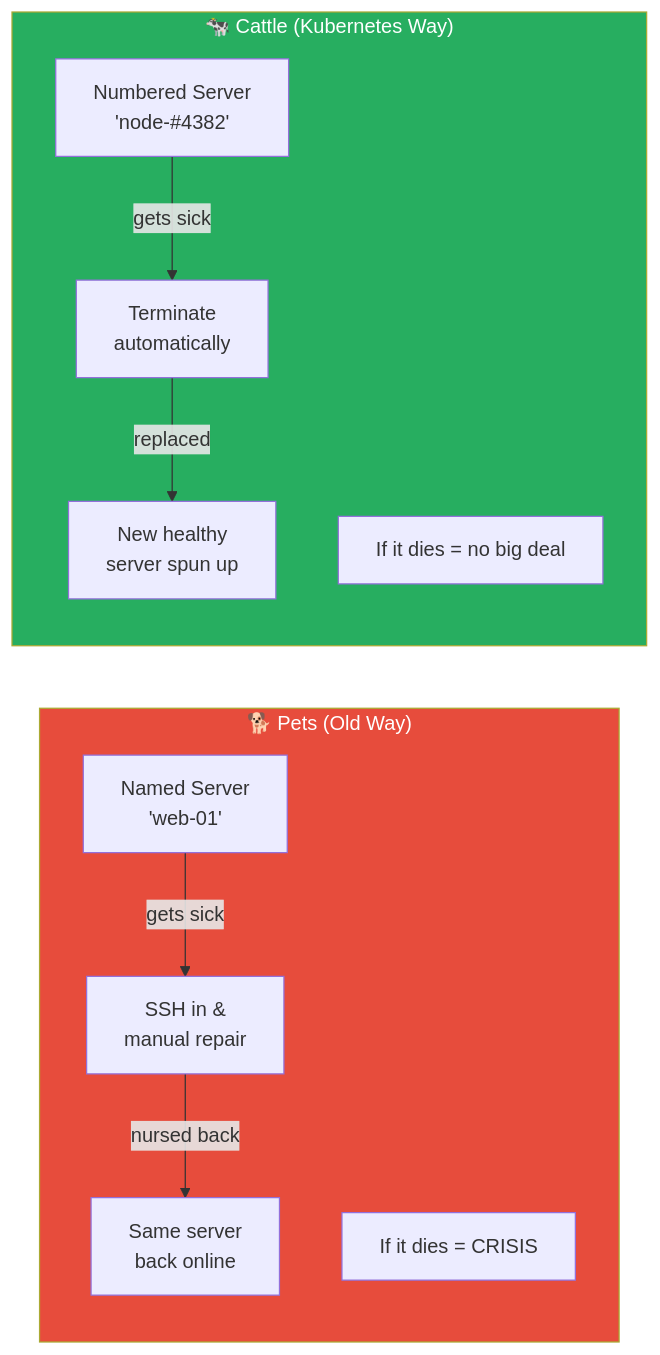
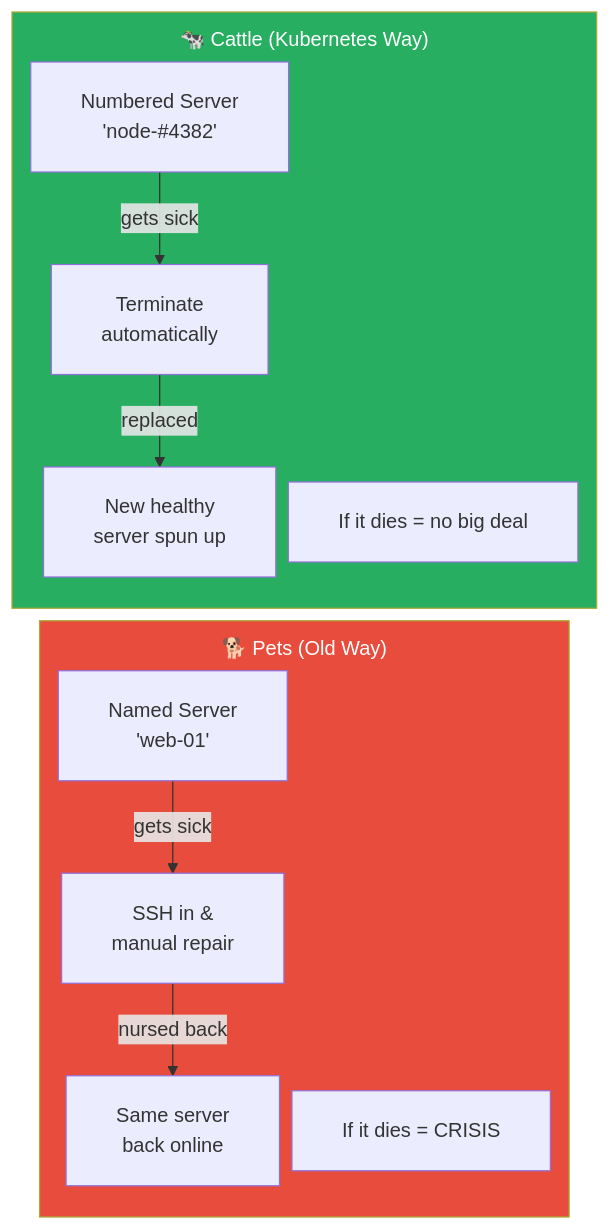
The second of 3 diagrams in Chapter_4_Expanded.md (Alnour/kube_book), drawn with Mermaid before and after one commit. The commit also changed other lines of this file and 7 other files, not shown here.

First line of the commit message:
Fix Mermaid diagram sizing, layout, and label rendering

````diff
--- a/Chapter_4_Expanded.md
+++ b/Chapter_4_Expanded.md
@@ -36,15 +37,16 @@
 ```mermaid
+%%{init: {'flowchart': {'nodeSpacing': 10, 'rankSpacing': 25, 'padding': 20, 'subGraphTitleMargin': {'top': 10, 'bottom': 5}}}}%%
 graph LR
     subgraph Pet["🐕 Pets (Old Way)"]
-        P1["Named Server\n'web-01'"] -->|gets sick| P2["SSH in &\nmanual repair"] -->|nursed back| P3["Same server\nback online"]
+        P1["Named Server<br/>'web-01'"] -->|gets sick| P2["SSH in &<br/>manual repair"] -->|nursed back| P3["Same server<br/>back online"]
         P4["If it dies = CRISIS"]
     end
 
     subgraph Cattle["🐄 Cattle (Kubernetes Way)"]
-        C1["Numbered Server\n'node-#4382'"] -->|gets sick| C2["Terminate\nautomatically"] -->|replaced| C3["New healthy\nserver spun up"]
+        C1["Numbered Server<br/>'node-#4382'"] -->|gets sick| C2["Terminate<br/>automatically"] -->|replaced| C3["New healthy<br/>server spun up"]
         C4["If it dies = no big deal"]
     end
 
     style Pet fill:#e74c3c,color:#fff
     style Cattle fill:#27ae60,color:#fff
 ```
````
